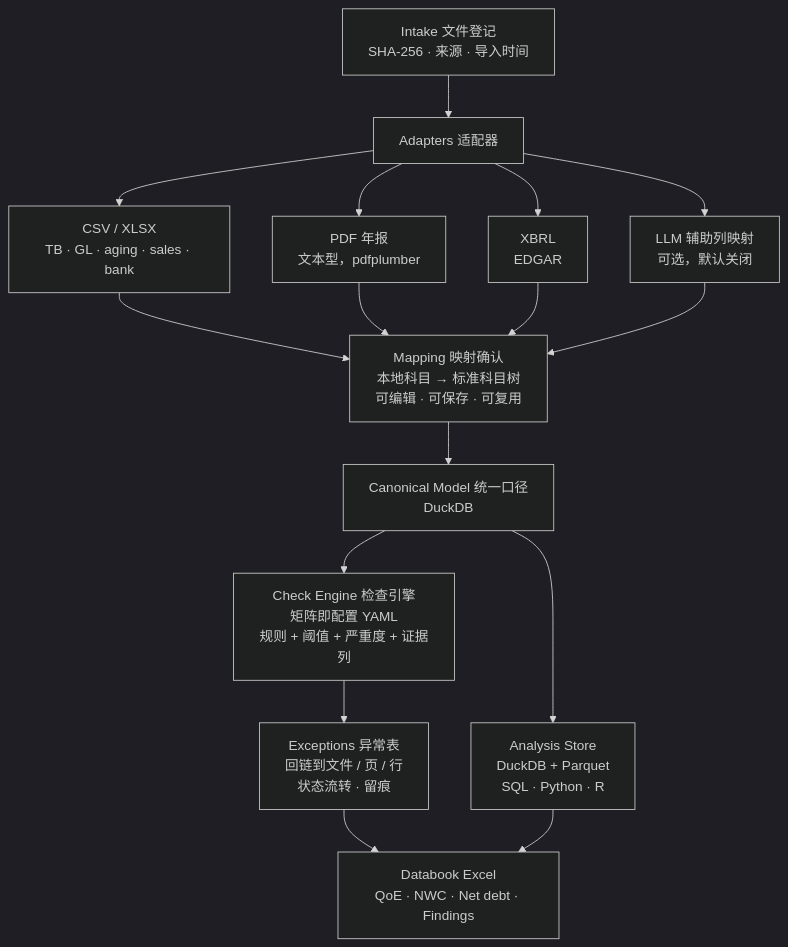
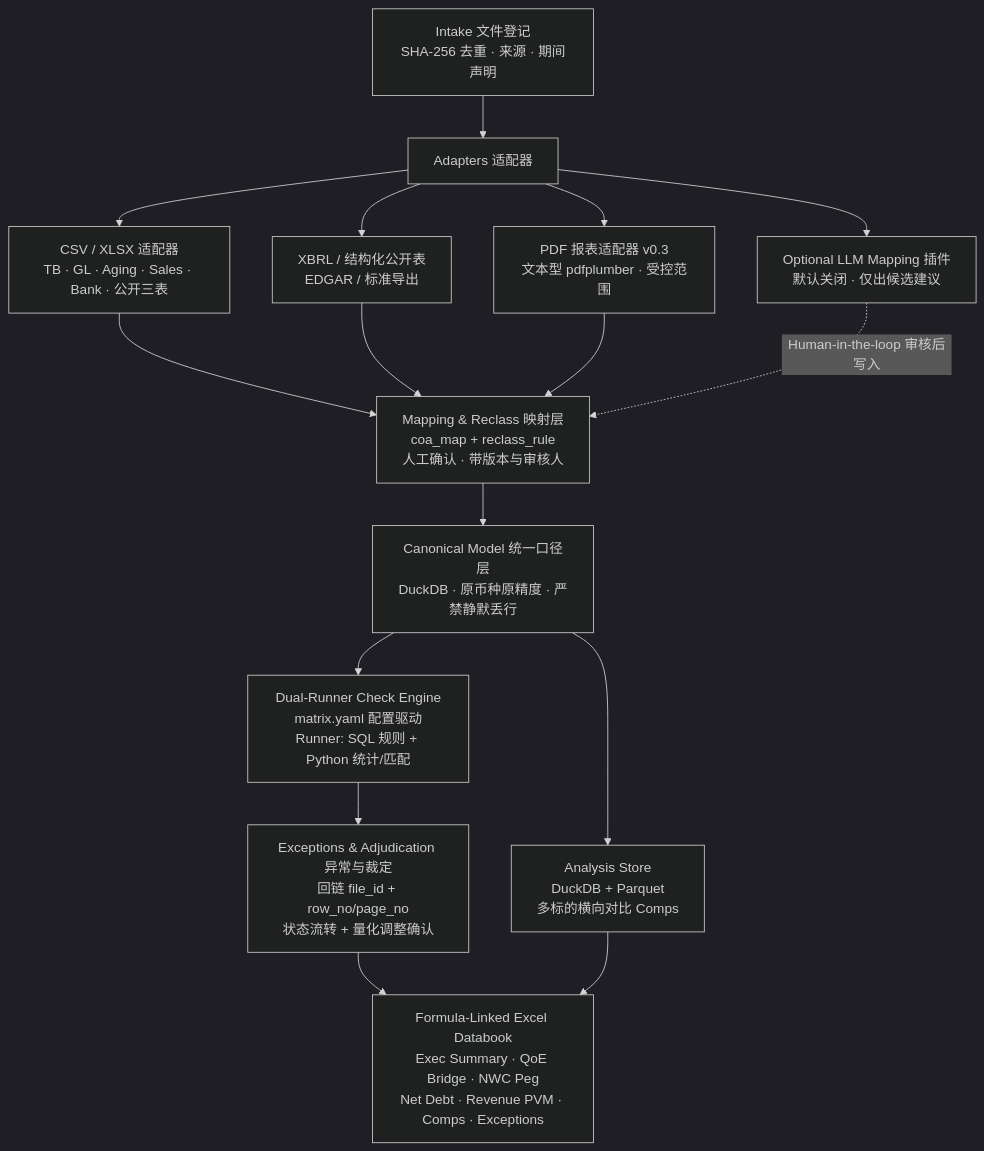
Before and after one commit to LI-ZHEXI/fdd-workbench: the diagram in README.md, drawn with Mermaid (dark theme). The commit also changed other lines of this file and 1 other file, not shown here.

Commit message:
docs: expand v2 engineering spec with DuckDB DDL and 17 checks

````diff
--- a/README.md
+++ b/README.md
@@ -37,18 +34,21 @@
 ```mermaid
 graph TD
-    A[Intake 文件登记<br/>SHA-256 · 来源 · 导入时间] --> B[Adapters 适配器]
-    B --> B1[CSV / XLSX<br/>TB · GL · aging · sales · bank]
-    B --> B2[PDF 年报<br/>文本型，pdfplumber]
-    B --> B3[XBRL<br/>EDGAR]
-    B --> B4[LLM 辅助列映射<br/>可选，默认关闭]
-    B1 --> C[Mapping 映射确认<br/>本地科目 → 标准科目树<br/>可编辑 · 可保存 · 可复用]
+    A[Intake 文件登记<br/>SHA-256 去重 · 来源 · 期间声明] --> B[Adapters 适配器]
+    B --> B1[CSV / XLSX 适配器<br/>TB · GL · Aging · Sales · Bank · 公开三表]
+    B --> B2[XBRL / 结构化公开表<br/>EDGAR / 标准导出]
+    B --> B3[PDF 报表适配器 v0.3<br/>文本型 pdfplumber · 受控范围]
+    B --> B4[Optional LLM Mapping 插件<br/>默认关闭 · 仅出候选建议]
+
+    B1 --> C[Mapping & Reclass 映射层<br/>coa_map + reclass_rule<br/>人工确认 · 带版本与审核人]
     B2 --> C
     B3 --> C
-    B4 --> C
-    C --> D[Canonical Model 统一口径<br/>DuckDB]
-    D --> E[Check Engine 检查引擎<br/>矩阵即配置 YAML<br/>规则 + 阈值 + 严重度 + 证据列]
-    E --> F[Exceptions 异常表<br/>回链到文件 / 页 / 行<br/>状态流转 · 留痕]
-    D --> G[Analysis Store<br/>DuckDB + Parquet<br/>SQL · Python · R]
-    F --> H[Databook Excel<br/>QoE · NWC · Net debt · Findings]
+    B4 -.->|Human-in-the-loop 审核后写入| C
+
+    C --> D[Canonical Model 统一口径层<br/>DuckDB · 原币种原精度 · 严禁静默丢行]
+    D --> E[Dual-Runner Check Engine<br/>matrix.yaml 配置驱动<br/>Runner: SQL 规则 + Python 统计/匹配]
+
+    E --> F[Exceptions & Adjudication 异常与裁定<br/>回链 file_id + row_no/page_no<br/>状态流转 + 量化调整确认]
+    D --> G[Analysis Store<br/>DuckDB + Parquet<br/>多标的横向对比 Comps]
+    F --> H[Formula-Linked Excel Databook<br/>Exec Summary · QoE Bridge · NWC Peg<br/>Net Debt · Revenue PVM · Comps · Exceptions]
     G --> H
 ```
````
